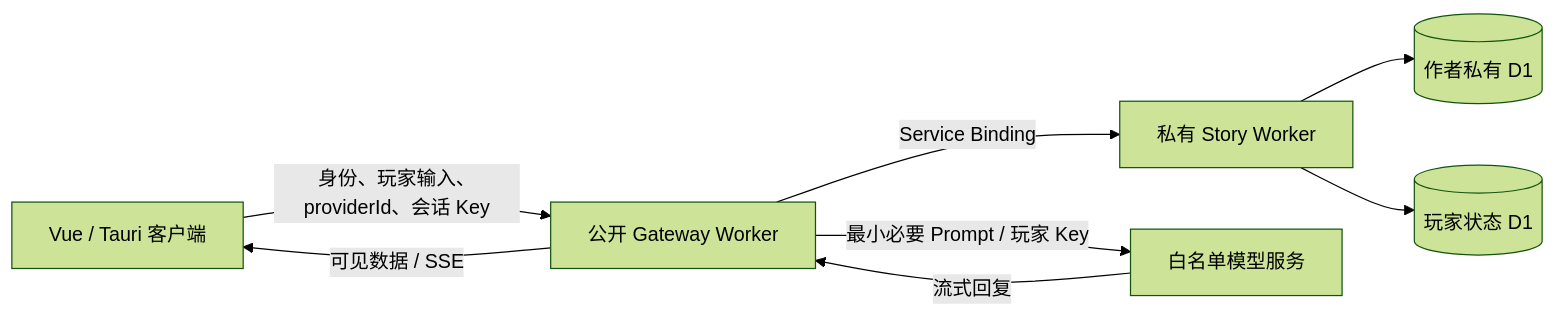
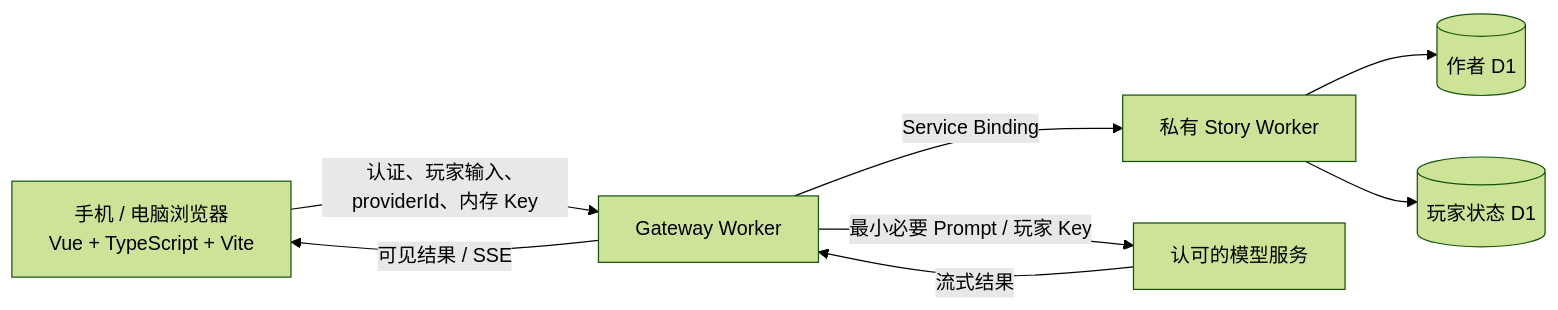
Before and after one commit to CYH1104/stellar-resonance: the diagram in docs/ARCHITECTURE.md, drawn with Mermaid (forest theme). The commit also changed other lines of this file and 9 other files, not shown here.

````diff
--- a/docs/ARCHITECTURE.md
+++ b/docs/ARCHITECTURE.md
@@ -5,10 +5,10 @@
 ```mermaid
 flowchart LR
-  C[Vue / Tauri 客户端] -->|身份、玩家输入、providerId、会话 Key| G[公开 Gateway Worker]
+  B[手机 / 电脑浏览器<br/>Vue + TypeScript + Vite] -->|认证、玩家输入、providerId、内存 Key| G[Gateway Worker]
   G -->|Service Binding| S[私有 Story Worker]
-  S --> A[(作者私有 D1)]
+  S --> A[(作者 D1)]
   S --> P[(玩家状态 D1)]
-  G -->|最小必要 Prompt / 玩家 Key| M[白名单模型服务]
-  M -->|流式回复| G
-  G -->|可见数据 / SSE| C
+  G -->|最小必要 Prompt / 玩家 Key| M[认可的模型服务]
+  M -->|流式结果| G
+  G -->|可见结果 / SSE| B
 ```
````
